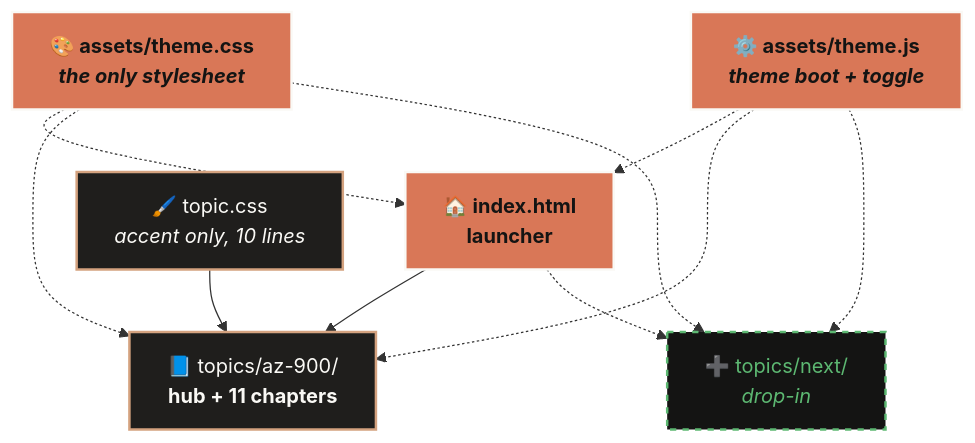
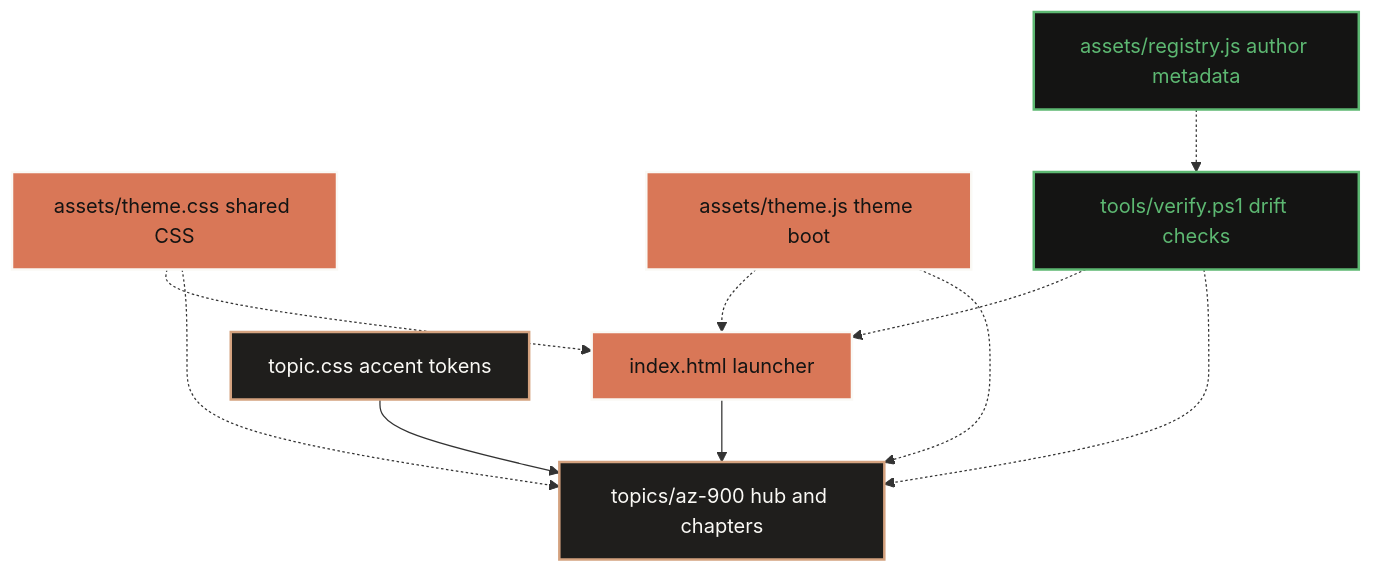
The first of 3 diagrams in README.md (debsumar/Debanjans-learning-system), drawn with Mermaid before and after one commit. The commit also changed other lines of this file and 19 other files, not shown here.

````diff
--- a/README.md
+++ b/README.md
@@ -32,22 +32,25 @@
 ```mermaid
 graph TD
-  L["🏠 index.html<br/><b>launcher</b>"]
-  C["🎨 assets/theme.css<br/><i>the only stylesheet</i>"]
-  J["⚙️ assets/theme.js<br/><i>theme boot + toggle</i>"]
-  H["📘 topics/az-900/<br/><b>hub + 11 chapters</b>"]
-  T["🖌️ topic.css<br/><i>accent only, 10 lines</i>"]
-  F["➕ topics/next/<br/><i>drop-in</i>"]
-
+  L["index.html launcher"]
+  C["assets/theme.css shared CSS"]
+  J["assets/theme.js theme boot"]
+  R["assets/registry.js author metadata"]
+  V["tools/verify.ps1 drift checks"]
+  H["topics/az-900 hub and chapters"]
+  T["topic.css accent tokens"]
   L --> H
-  L -.-> F
-  C -.-> L & H & F
-  J -.-> L & H & F
+  C -.-> L
+  C -.-> H
+  J -.-> L
+  J -.-> H
+  R -.-> V
+  V -.-> L
+  V -.-> H
   T --> H
-
-  classDef p fill:#d97757,stroke:#faf9f5,stroke-width:2px,color:#141413,font-weight:bold
-  classDef t fill:#1f1e1c,stroke:#d4a27f,stroke-width:2px,color:#faf9f5
-  classDef f fill:#141413,stroke:#5db872,stroke-width:2px,color:#5db872,stroke-dasharray:5 5
-  class L,C,J p
-  class H,T t
-  class F f
+  classDef platform fill:#d97757,stroke:#faf9f5,stroke-width:2px,color:#141413
+  classDef topic fill:#1f1e1c,stroke:#d4a27f,stroke-width:2px,color:#faf9f5
+  classDef tool fill:#141413,stroke:#5db872,stroke-width:2px,color:#5db872
+  class L,C,J platform
+  class H,T topic
+  class R,V tool
 ```
````
